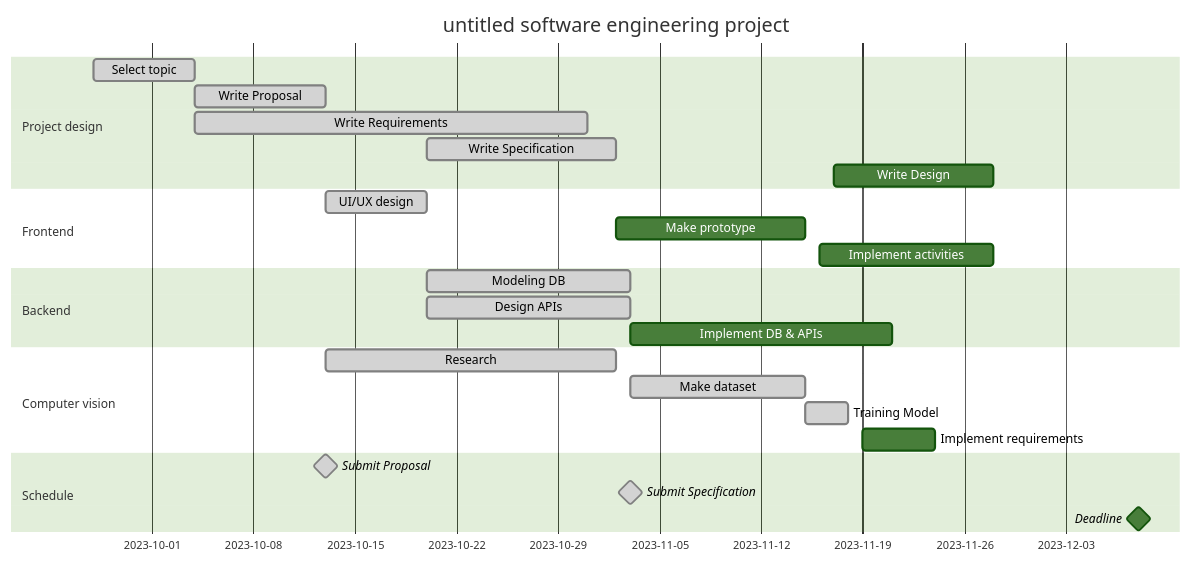
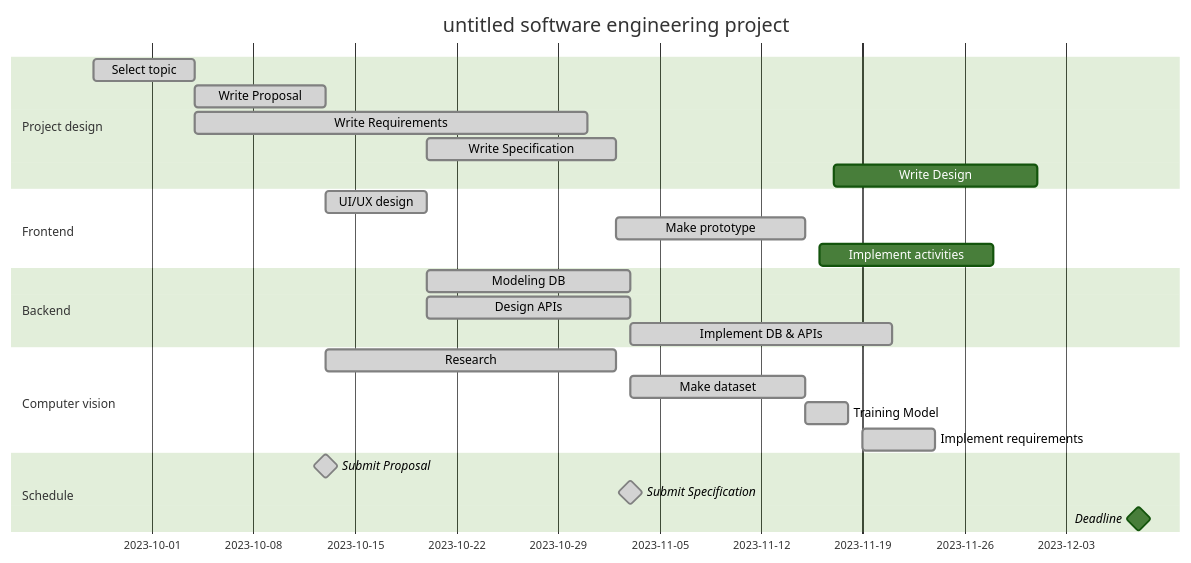
Before and after one commit to se-tmp/.github: the diagram in profile/README.md, drawn with Mermaid (forest theme).

````diff
--- a/profile/README.md
+++ b/profile/README.md
@@ -7,33 +7,33 @@
 ```mermaid
 gantt
     title untitled software engineering project
     dateFormat  YYYY-MM-DD
 
     section Project design
         Select topic            :done,                2023-09-27, 2023-10-04
         Write Proposal          :done,                2023-10-04, 2023-10-13
         Write Requirements      :done,                2023-10-04, 2023-10-31
         Write Specification     :done,                2023-10-20, 2023-11-02
-        Write Design            :                     2023-11-17, 2023-11-28
+        Write Design            :                     2023-11-17, 2023-12-01
 
     section Frontend
         UI/UX design            :done,                2023-10-13, 2023-10-20
-        Make prototype          :                     2023-11-02, 2023-11-15
+        Make prototype          :done,                2023-11-02, 2023-11-15
         Implement activities    :                     2023-11-16, 2023-11-28
         
     section Backend
         Modeling DB             :done,                2023-10-20, 2023-11-03    
         Design APIs             :done,                2023-10-20, 2023-11-03
-        Implement DB & APIs     :                     2023-11-03, 2023-11-21
+        Implement DB & APIs     :done,                2023-11-03, 2023-11-21
 
     section Computer vision
         Research                :done,                2023-10-13, 2023-11-02
         Make dataset            :done,                2023-11-03, 2023-11-15
         Training Model          :done,                2023-11-15, 2023-11-18
-        Implement requirements  :                     2023-11-19, 2023-11-24
+        Implement requirements  :done,                2023-11-19, 2023-11-24
 
     section Schedule
         Submit Proposal         :milestone, done,     2023-10-13, 2023-10-13
         Submit Specification    :milestone, done,     2023-11-03, 2023-11-03
         Deadline                :milestone,           2023-12-08, 2023-12-08
 ```
````
